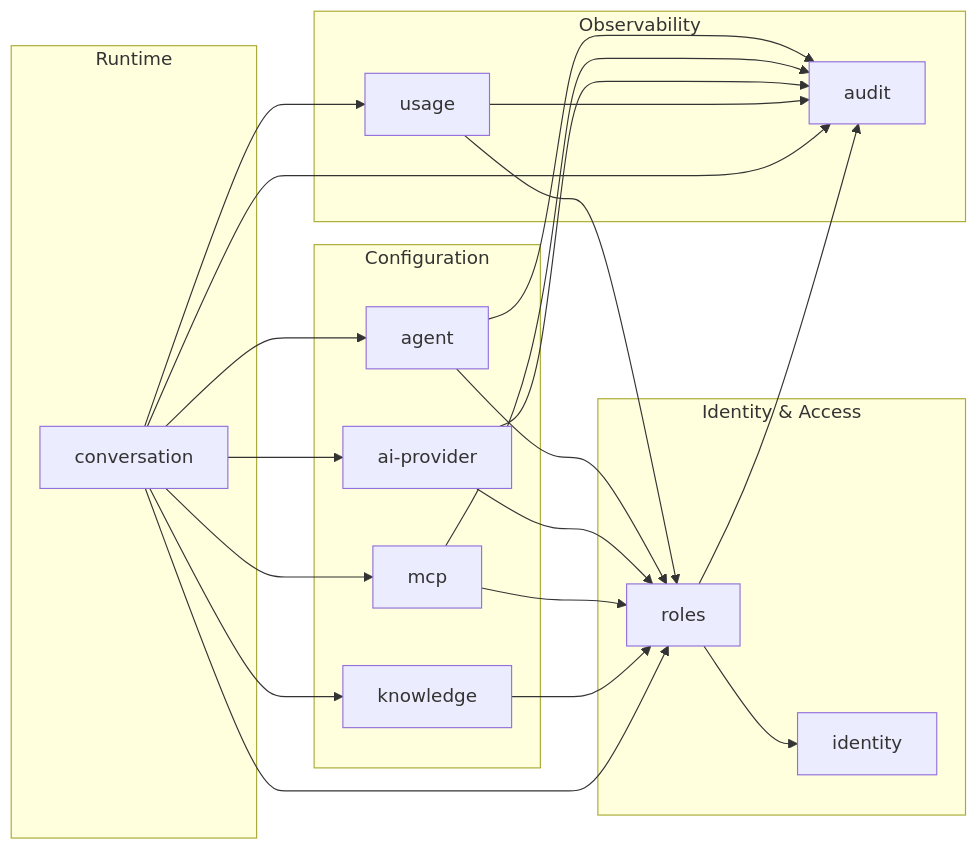
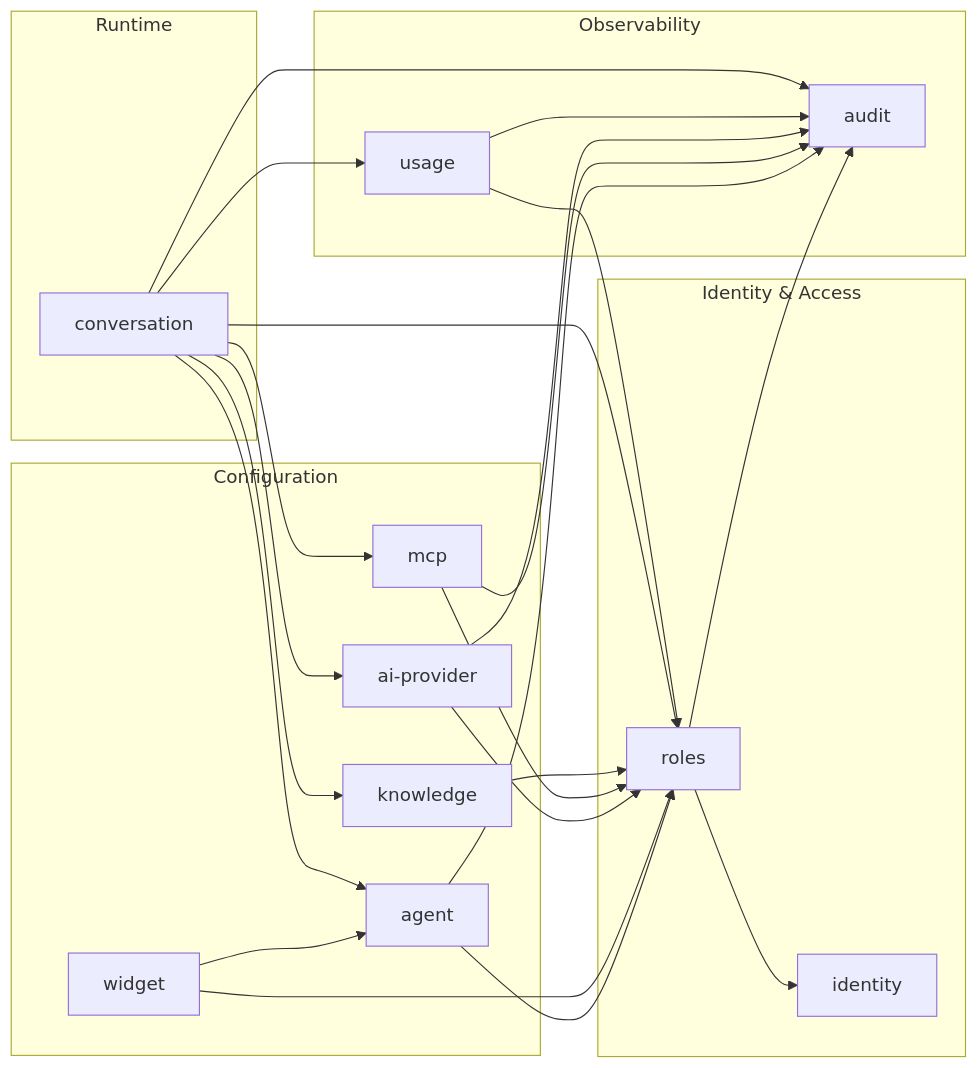
One commit to Talqo/talqo changed the diagram in docs/architecture/module-diagram.md. Above: the diagram before and after it, drawn with Mermaid. The commit also changed other lines of this file and 107 other files, not shown here.

````diff
--- a/docs/architecture/module-diagram.md
+++ b/docs/architecture/module-diagram.md
@@ -9,45 +9,48 @@
 ```mermaid
 graph LR
     subgraph "Identity & Access"
         identity[identity]
         roles[roles]
     end
 
     subgraph "Configuration"
         agent[agent]
+        widget[widget]
         ai_provider["ai-provider"]
         mcp[mcp]
         knowledge[knowledge]
     end
 
     subgraph "Runtime"
         conversation[conversation]
     end
 
     subgraph "Observability"
         usage[usage]
         audit[audit]
     end
 
     roles --> identity
 
     agent --> roles
+    widget --> agent
+    widget --> roles
     ai_provider --> roles
     mcp --> roles
     knowledge --> roles
     usage --> roles
 
     conversation --> agent
     conversation --> ai_provider
     conversation --> mcp
     conversation --> knowledge
     conversation --> usage
     conversation --> roles
 
     roles --> audit
     agent --> audit
     mcp --> audit
     ai_provider --> audit
     usage --> audit
     conversation --> audit
 ```
````
